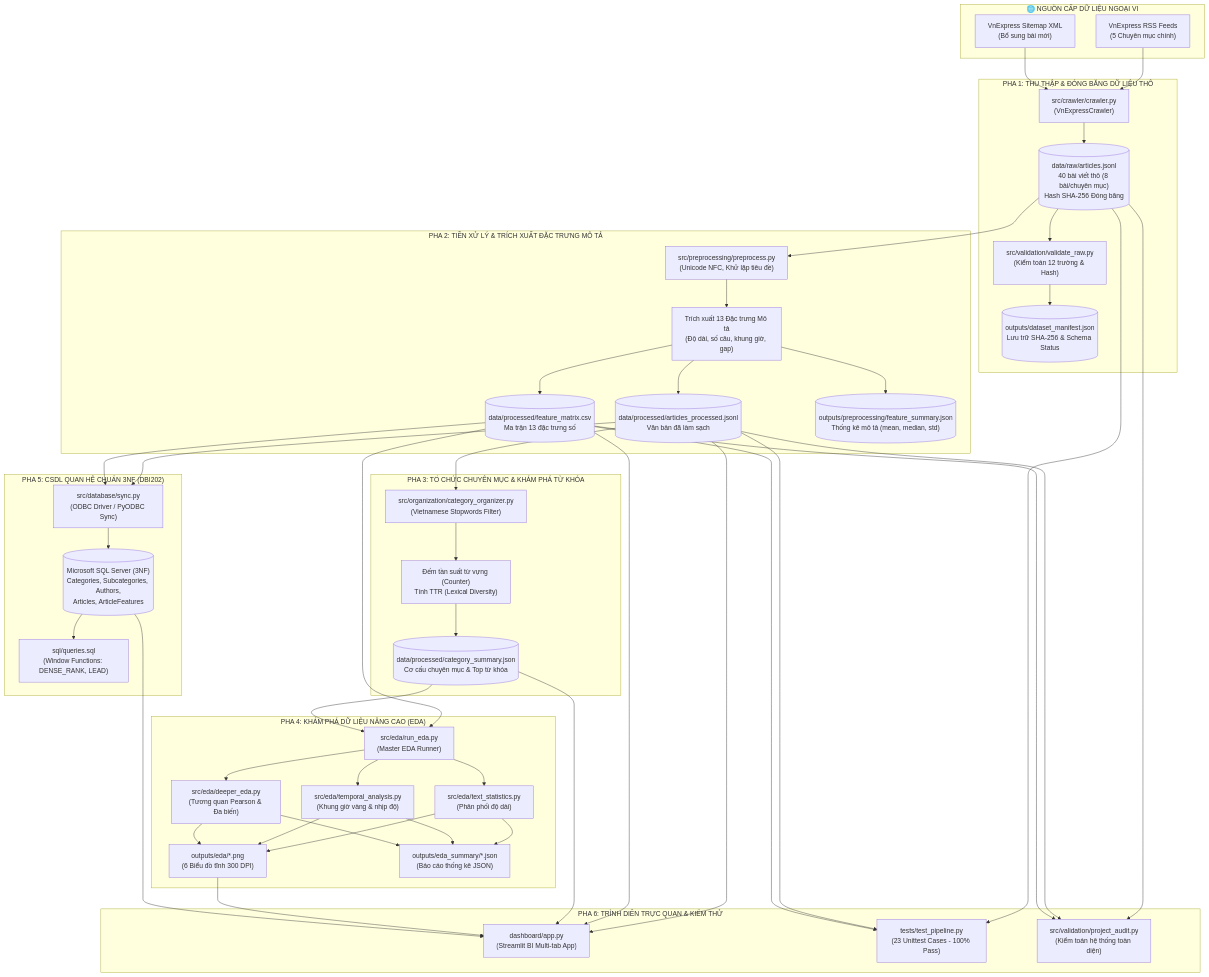
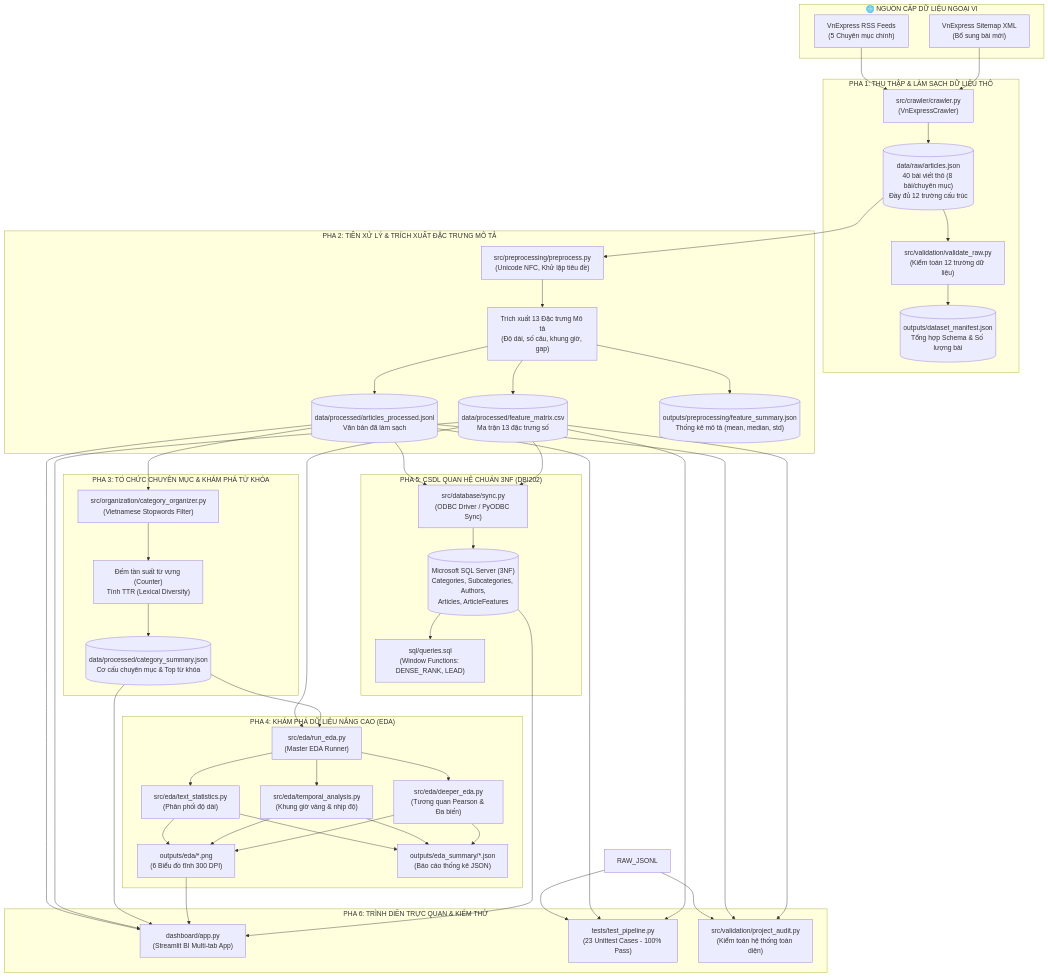
The first of 5 diagrams in docs/pipeline_flow.md (Trunghieu2007/ADY201m-Project), drawn with Mermaid before and after one commit. The commit also changed other lines of this file and 12 other files, not shown here.

Commit message:
refactor: cap nhat crawler theo DOM thuc te, xuat articles.json va loai bo ma bam SHA256

````diff
--- a/docs/pipeline_flow.md
+++ b/docs/pipeline_flow.md
@@ -13,61 +13,61 @@
 ```mermaid
 flowchart TD
     subgraph S0 ["🌐 NGUỒN CẤP DỮ LIỆU NGOẠI VI"]
         RSS["VnExpress RSS Feeds\n(5 Chuyên mục chính)"]
         SITEMAP["VnExpress Sitemap XML\n(Bổ sung bài mới)"]
     end
 
-    subgraph S1 ["PHA 1: THU THẬP & ĐÓNG BĂNG DỮ LIỆU THÔ"]
+    subgraph S1 ["PHA 1: THU THẬP & LÀM SẠCH DỮ LIỆU THÔ"]
         CRW["src/crawler/crawler.py\n(VnExpressCrawler)"]
-        RAW_JSONL[("data/raw/articles.jsonl\n40 bài viết thô (8 bài/chuyên mục)\nHash SHA-256 Đóng băng")]
-        VAL_RAW["src/validation/validate_raw.py\n(Kiểm toán 12 trường & Hash)"]
-        MAN_RAW[("outputs/dataset_manifest.json\nLưu trữ SHA-256 & Schema Status")]
+        RAW_JSON[("data/raw/articles.json\n40 bài viết thô (8 bài/chuyên mục)\nĐầy đủ 12 trường cấu trúc")]
+        VAL_RAW["src/validation/validate_raw.py\n(Kiểm toán 12 trường dữ liệu)"]
+        MAN_RAW[("outputs/dataset_manifest.json\nTổng hợp Schema & Số lượng bài")]
     end
 
     subgraph S2 ["PHA 2: TIỀN XỬ LÝ & TRÍCH XUẤT ĐẶC TRƯNG MÔ TẢ"]
         PRE["src/preprocessing/preprocess.py\n(Unicode NFC, Khử lặp tiêu đề)"]
         FEAT["Trích xuất 13 Đặc trưng Mô tả\n(Độ dài, số câu, khung giờ, gap)"]
         PROC_JSONL[("data/processed/articles_processed.jsonl\nVăn bản đã làm sạch")]
         FEAT_CSV[("data/processed/feature_matrix.csv\nMa trận 13 đặc trưng số")]
         FEAT_SUM[("outputs/preprocessing/feature_summary.json\nThống kê mô tả (mean, median, std)")]
     end
 
     subgraph S3 ["PHA 3: TỔ CHỨC CHUYÊN MỤC & KHÁM PHÁ TỪ KHÓA"]
         ORG["src/organization/category_organizer.py\n(Vietnamese Stopwords Filter)"]
         VOCAB["Đếm tần suất từ vựng (Counter)\nTính TTR (Lexical Diversity)"]
         CAT_SUM[("data/processed/category_summary.json\nCơ cấu chuyên mục & Top từ khóa")]
     end
 
     subgraph S4 ["PHA 4: KHÁM PHÁ DỮ LIỆU NÂNG CAO (EDA)"]
         EDA_RUN["src/eda/run_eda.py\n(Master EDA Runner)"]
         EDA_TXT["src/eda/text_statistics.py\n(Phân phối độ dài)"]
         EDA_TIME["src/eda/temporal_analysis.py\n(Khung giờ vàng & nhịp độ)"]
         EDA_DEEP["src/eda/deeper_eda.py\n(Tương quan Pearson & Đa biến)"]
         EDA_PLOTS["outputs/eda/*.png\n(6 Biểu đồ tĩnh 300 DPI)"]
         EDA_REPS["outputs/eda_summary/*.json\n(Báo cáo thống kê JSON)"]
     end
 
     subgraph S5 ["PHA 5: CSDL QUAN HỆ CHUẨN 3NF (DBI202)"]
         SYNC["src/database/sync.py\n(ODBC Driver / PyODBC Sync)"]
         SQL_DB[("Microsoft SQL Server (3NF)\nCategories, Subcategories, Authors,\nArticles, ArticleFeatures")]
         QUERIES["sql/queries.sql\n(Window Functions: DENSE_RANK, LEAD)"]
     end
 
     subgraph S6 ["PHA 6: TRÌNH DIỄN TRỰC QUAN & KIỂM THỬ"]
         APP["dashboard/app.py\n(Streamlit BI Multi-tab App)"]
         TEST["tests/test_pipeline.py\n(23 Unittest Cases - 100% Pass)"]
         AUDIT["src/validation/project_audit.py\n(Kiểm toán hệ thống toàn diện)"]
     end
 
-    RSS & SITEMAP --> CRW --> RAW_JSONL
-    RAW_JSONL --> VAL_RAW --> MAN_RAW
-    RAW_JSONL --> PRE --> FEAT
+    RSS & SITEMAP --> CRW --> RAW_JSON
+    RAW_JSON --> VAL_RAW --> MAN_RAW
+    RAW_JSON --> PRE --> FEAT
     FEAT --> PROC_JSONL & FEAT_CSV & FEAT_SUM
     PROC_JSONL --> ORG --> VOCAB --> CAT_SUM
     FEAT_CSV & CAT_SUM --> EDA_RUN
     EDA_RUN --> EDA_TXT & EDA_TIME & EDA_DEEP
     EDA_TXT & EDA_TIME & EDA_DEEP --> EDA_PLOTS & EDA_REPS
     PROC_JSONL & FEAT_CSV --> SYNC --> SQL_DB --> QUERIES
     PROC_JSONL & FEAT_CSV & CAT_SUM & EDA_PLOTS & SQL_DB --> APP
     RAW_JSONL & PROC_JSONL & FEAT_CSV --> TEST & AUDIT
 ```
````
